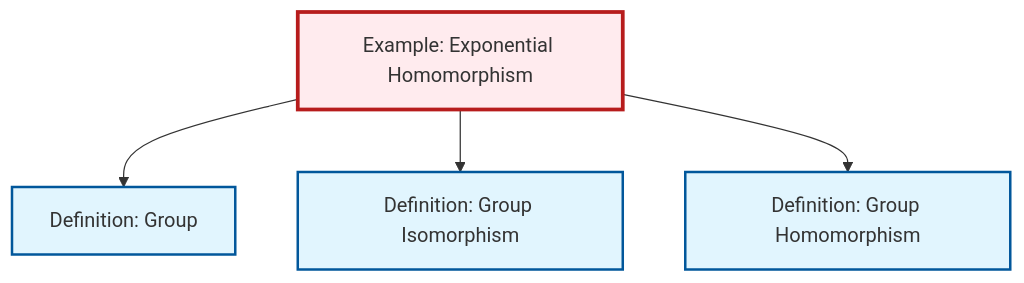
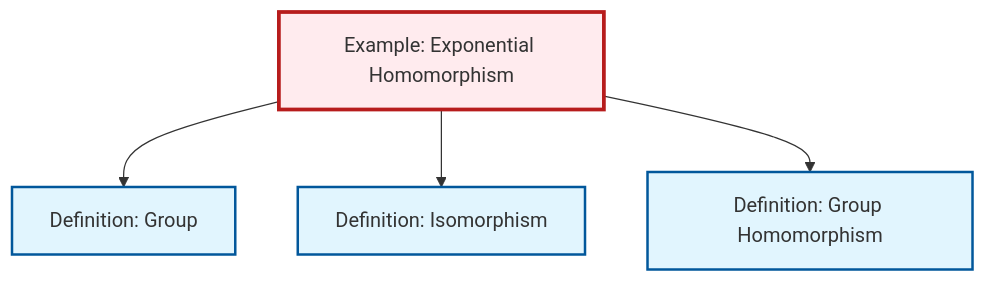
The diagram in content/en/algebra/ex-exponential-homomorphism.qmd (RK0429/ModernMath), drawn with Mermaid before and after one commit. The commit also changed 1069 other files, not shown here.

````diff
--- a/content/en/algebra/ex-exponential-homomorphism.qmd
+++ b/content/en/algebra/ex-exponential-homomorphism.qmd
@@ -45,20 +45,20 @@
 ```{mermaid}
 %%| fig-cap: "Local dependency graph"
 graph TD
     classDef definition fill:#e1f5fe,stroke:#01579b,stroke-width:2px
     classDef theorem fill:#f3e5f5,stroke:#4a148c,stroke-width:2px
     classDef axiom fill:#fff3e0,stroke:#e65100,stroke-width:2px
     classDef example fill:#e8f5e9,stroke:#1b5e20,stroke-width:2px
     classDef current fill:#ffebee,stroke:#b71c1c,stroke-width:3px
-    def-isomorphism["Definition: Group Isomorphism"]:::definition
+    ex-exponential-homomorphism["Example: Exponential Homomorphism"]:::example
+    def-homomorphism["Definition: Group Homomorphism"]:::definition
+    def-isomorphism["Definition: Isomorphism"]:::definition
     def-group["Definition: Group"]:::definition
-    def-homomorphism["Definition: Group Homomorphism"]:::definition
-    ex-exponential-homomorphism["Example: Exponential Homomorphism"]:::example
     ex-exponential-homomorphism --> def-group
     ex-exponential-homomorphism --> def-isomorphism
     ex-exponential-homomorphism --> def-homomorphism
     class ex-exponential-homomorphism current
-    click def-isomorphism "def-isomorphism.html" "Go to Group Isomorphism definition"
+    click def-homomorphism "def-homomorphism.html" "Go to Group Homomorphism definition"
+    click def-isomorphism "def-isomorphism.html" "Go to Isomorphism definition"
     click def-group "def-group.html" "Go to Group definition"
-    click def-homomorphism "def-homomorphism.html" "Go to Group Homomorphism definition"
 ```
````
